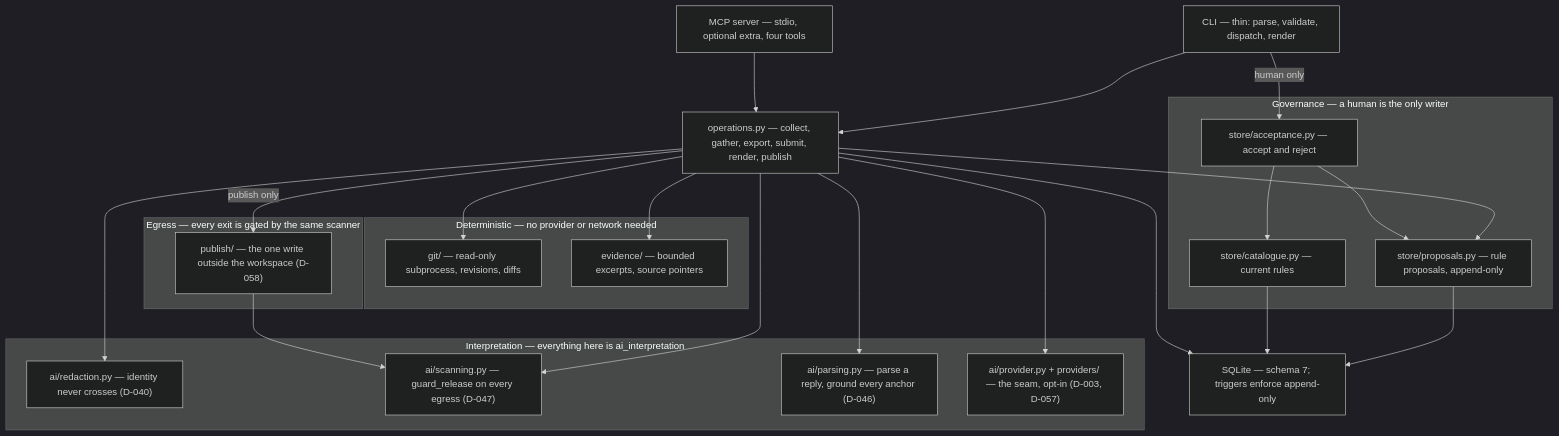
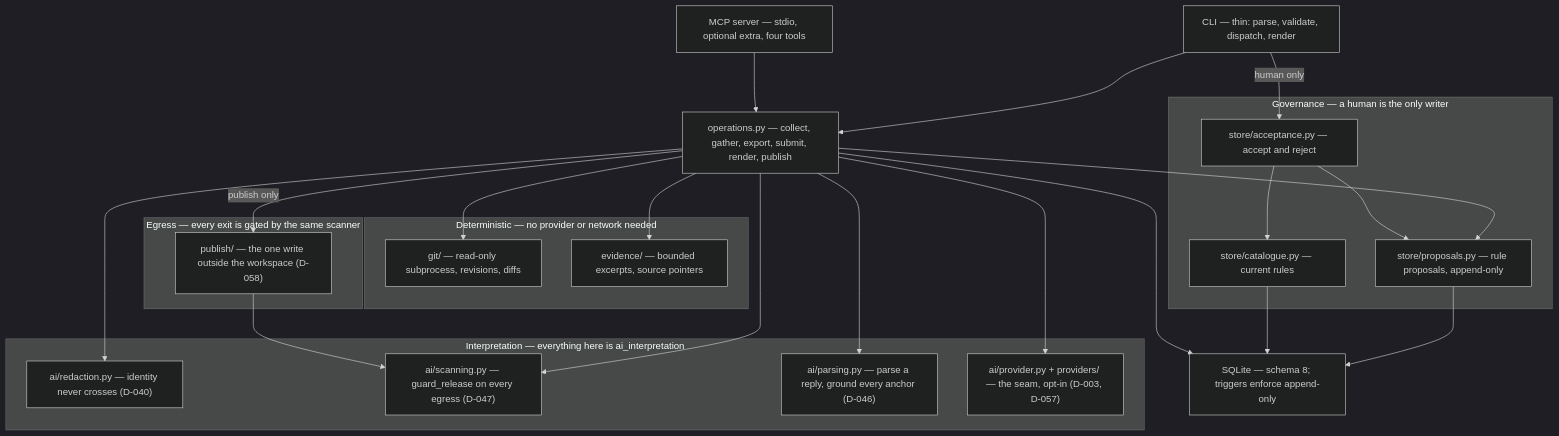
One commit to padjis/claudine changed the first of 3 diagrams in ARCHITECTURE.md. Above: the diagram before and after it, drawn with Mermaid (dark theme). The commit also changed other lines of this file and 11 other files, not shown here.

````diff
--- a/ARCHITECTURE.md
+++ b/ARCHITECTURE.md
@@ -33,48 +33,48 @@
 ```mermaid
 flowchart TD
     CLI["CLI — thin: parse, validate, dispatch, render"]
     MCP["MCP server — stdio, optional extra, four tools"]
     OPS["operations.py — collect, gather, export, submit, render, publish"]
 
     subgraph DET["Deterministic — no provider or network needed"]
         GIT["git/ — read-only subprocess, revisions, diffs"]
         EV["evidence/ — bounded excerpts, source pointers"]
     end
 
     subgraph INT["Interpretation — everything here is ai_interpretation"]
         RED["ai/redaction.py — identity never crosses (D-040)"]
         SCAN["ai/scanning.py — guard_release on every egress (D-047)"]
         PARSE["ai/parsing.py — parse a reply, ground every anchor (D-046)"]
         PROV["ai/provider.py + providers/ — the seam, opt-in (D-003, D-057)"]
     end
 
     subgraph OUT["Egress — every exit is gated by the same scanner"]
         PUB["publish/ — the one write outside the workspace (D-058)"]
     end
 
     subgraph GOV["Governance — a human is the only writer"]
         REV["store/acceptance.py — accept and reject"]
         CAT["store/catalogue.py — current rules"]
         PROP["store/proposals.py — rule proposals, append-only"]
     end
 
-    DB["SQLite — schema 7; triggers enforce append-only"]
+    DB["SQLite — schema 8; triggers enforce append-only"]
 
     CLI --> OPS
     MCP --> OPS
     CLI -->|"human only"| REV
     OPS --> GIT
     OPS --> EV
     OPS --> RED
     OPS --> SCAN
     OPS --> PARSE
     OPS --> PROV
     OPS --> PROP
     OPS -->|"publish only"| PUB
     PUB --> SCAN
     REV --> CAT
     REV --> PROP
     PROP --> DB
     CAT --> DB
     OPS --> DB
 ```
````
